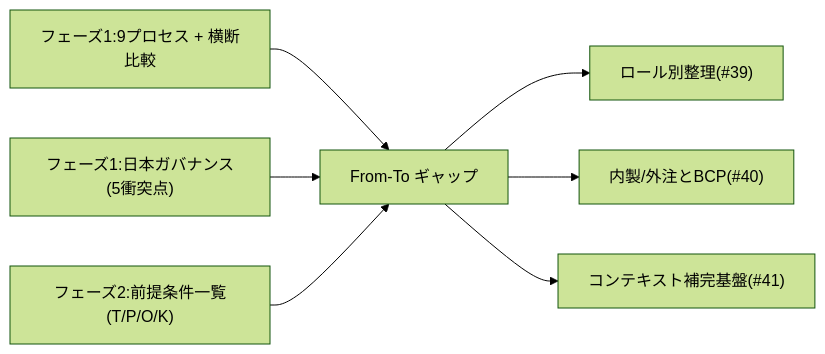
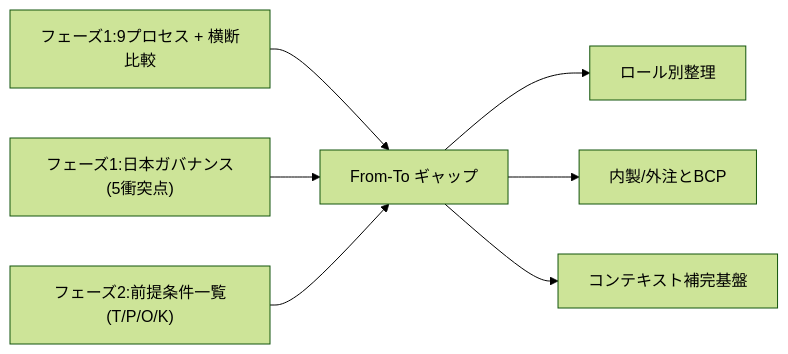
Before and after one commit to Takenori-Kusaka/process-compass: the second of 2 diagrams in src/content/docs/phase3-gap-analysis/gap-map.md, drawn with Mermaid (forest theme). The commit also changed 24 other files, not shown here.

````diff
--- a/src/content/docs/phase3-gap-analysis/gap-map.md
+++ b/src/content/docs/phase3-gap-analysis/gap-map.md
@@ -65,9 +65,9 @@
 ```mermaid
 graph LR
   P1P["フェーズ1:9プロセス + 横断比較"] --> GAP["From-To ギャップ"]
   P1J["フェーズ1:日本ガバナンス(5衝突点)"] --> GAP
   P2A["フェーズ2:前提条件一覧(T/P/O/K)"] --> GAP
-  GAP --> R["ロール別整理(#39)"]
-  GAP --> B["内製/外注とBCP(#40)"]
-  GAP --> C["コンテキスト補完基盤(#41)"]
+  GAP --> R["ロール別整理"]
+  GAP --> B["内製/外注とBCP"]
+  GAP --> C["コンテキスト補完基盤"]
 ```
````
